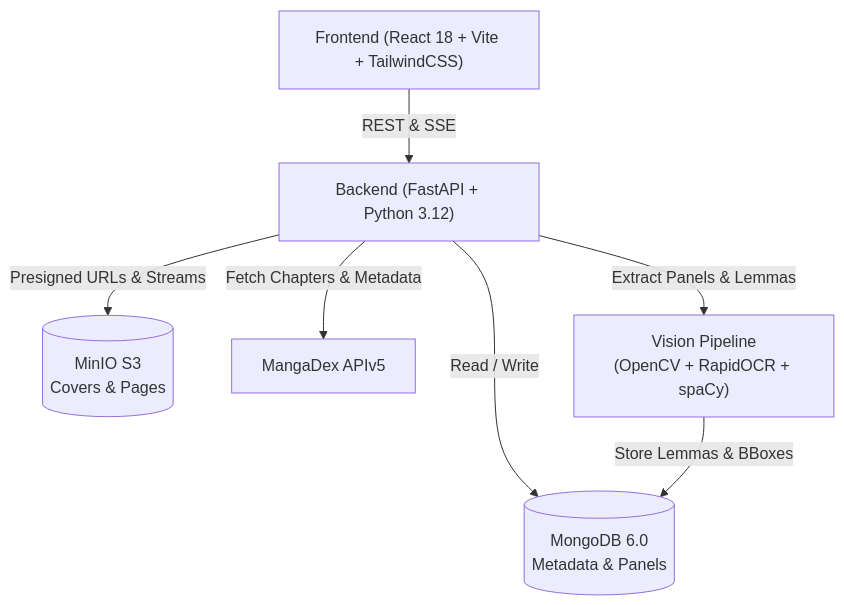
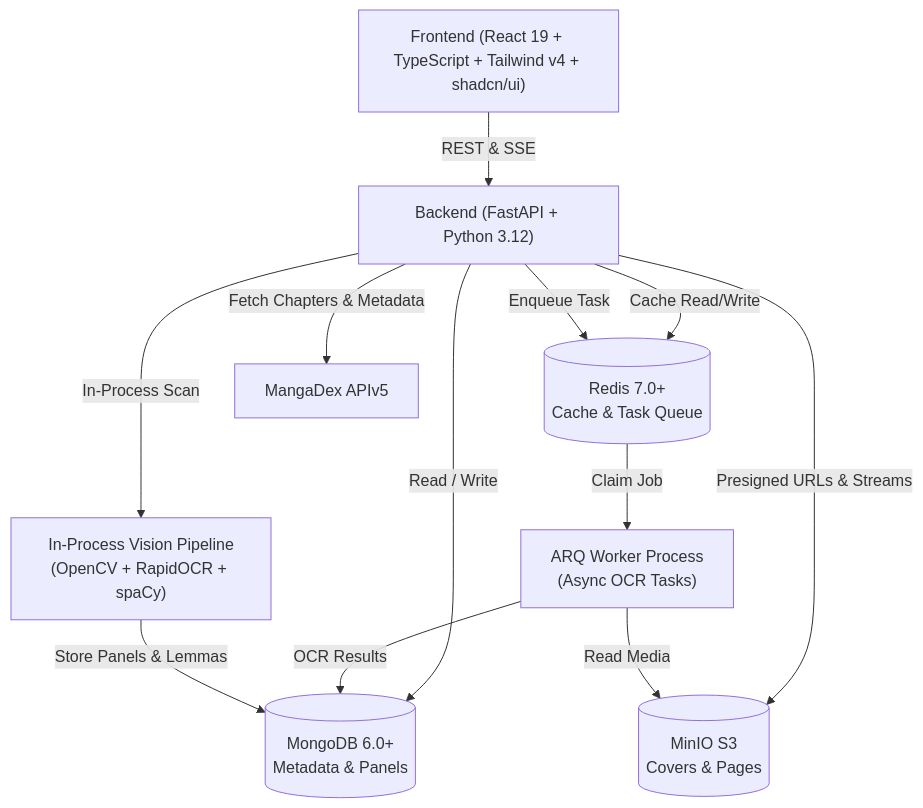
The diagram in README.md (huyxuantruong1411/Manga-Reviews-Management), drawn with Mermaid before and after one commit. The commit also changed other lines of this file and 13 other files, not shown here.

Commit message:
docs(ai-readiness): implement remote AI context architecture, Mermaid diagrams, and anti-drift tooling

````diff
--- a/README.md
+++ b/README.md
@@ -77,16 +92,23 @@
 ```mermaid
-graph TD
-    Client["Frontend (React 18 + Vite + TailwindCSS)"]
+flowchart TD
+    Client["Frontend (React 19 + TypeScript + Tailwind v4 + shadcn/ui)"]
     API["Backend (FastAPI + Python 3.12)"]
-    Mongo[("MongoDB 6.0\nMetadata & Panels")]
+    Mongo[("MongoDB 6.0+\nMetadata & Panels")]
     MinIO[("MinIO S3\nCovers & Pages")]
+    Redis[("Redis 7.0+\nCache & Task Queue")]
+    Worker["ARQ Worker Process\n(Async OCR Tasks)"]
     DexAPI["MangaDex APIv5"]
-    Vision["Vision Pipeline\n(OpenCV + RapidOCR + spaCy)"]
+    Vision["In-Process Vision Pipeline\n(OpenCV + RapidOCR + spaCy)"]
 
     Client -->|REST & SSE| API
     API -->|Read / Write| Mongo
     API -->|Presigned URLs & Streams| MinIO
+    API -->|Cache Read/Write| Redis
+    API -->|Enqueue Task| Redis
+    Redis -->|Claim Job| Worker
+    Worker -->|OCR Results| Mongo
+    Worker -->|Read Media| MinIO
     API -->|Fetch Chapters & Metadata| DexAPI
-    API -->|Extract Panels & Lemmas| Vision
-    Vision -->|Store Lemmas & BBoxes| Mongo
+    API -->|In-Process Scan| Vision
+    Vision -->|Store Panels & Lemmas| Mongo
 ```
````
